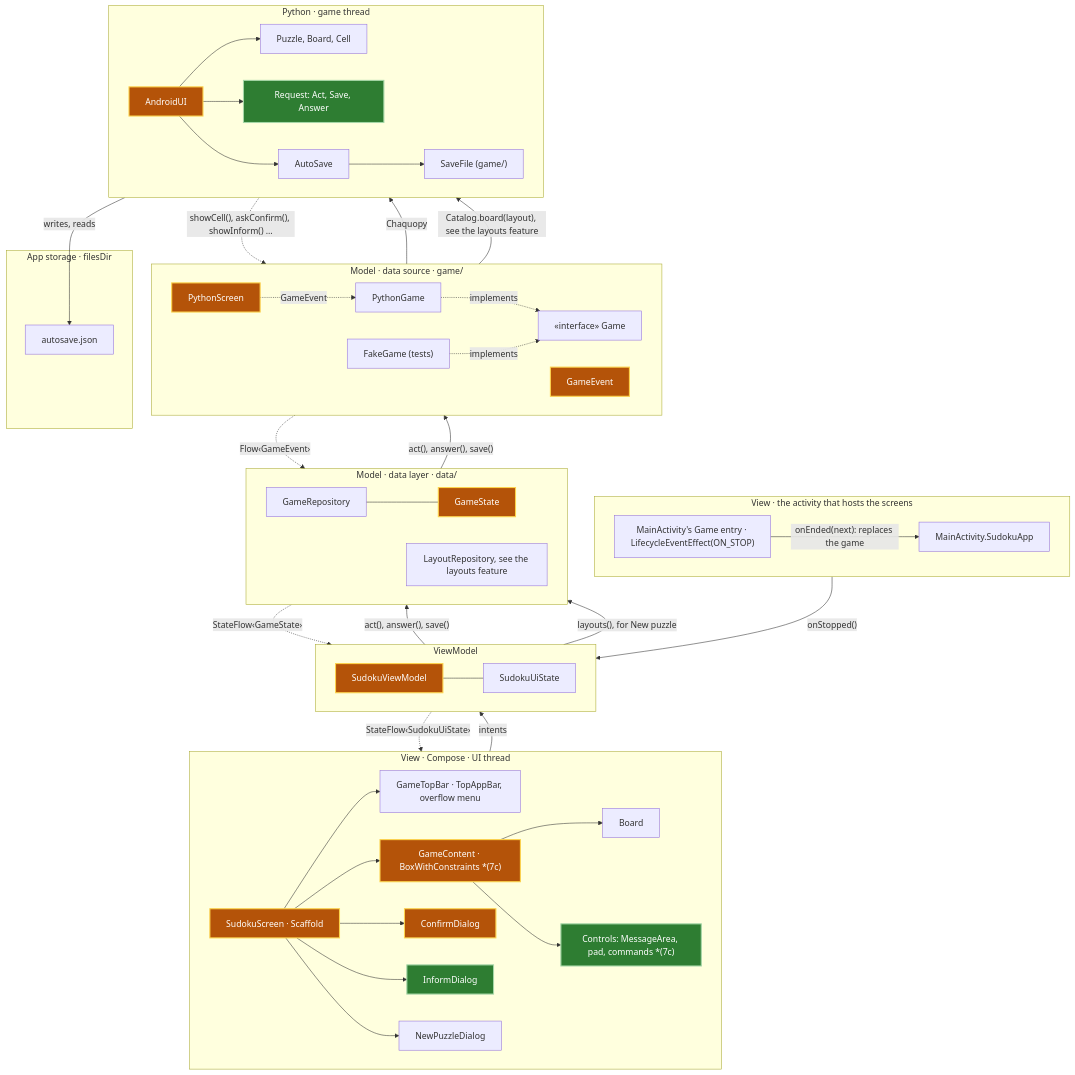
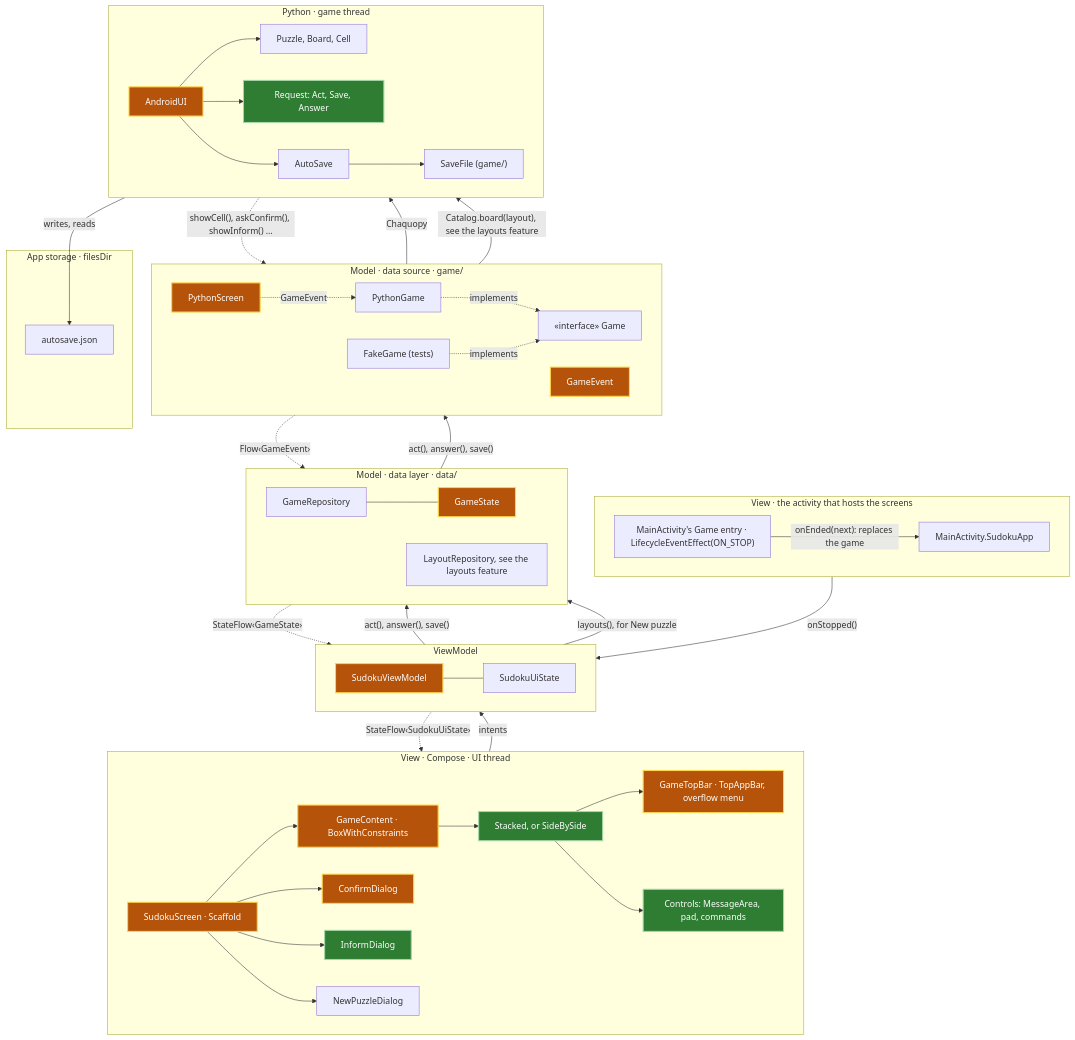
One commit to aivanov61/sudoku-solver changed the fifth of 11 diagrams in android/docs/architecture.md. Above: the diagram before and after it, drawn with Mermaid. The commit also changed other lines of this file and 3 other files, not shown here.

Commit message:
Give the game a message area of fixed height and fit the board to the space it is given, with the top app bar, the mode and the controls beside a full-height board when there is room for them, as step 7c of phase 7.

````diff
--- a/android/docs/architecture.md
+++ b/android/docs/architecture.md
@@ -254,70 +253,70 @@
 ```mermaid
 flowchart TB
     subgraph Host["View · the activity that hosts the screens"]
         direction LR
         SudokuApp["MainActivity.SudokuApp"]
         GameEntry["MainActivity's Game entry · LifecycleEventEffect(ON_STOP)"]
     end
 
     subgraph View["View · Compose · UI thread"]
         direction LR
-        SudokuScreen["SudokuScreen · Scaffold"] --> GameTopBar["GameTopBar · TopAppBar, overflow menu"]
-        SudokuScreen --> GameContent["GameContent · BoxWithConstraints *(7c)"]
-        GameContent --> Board
-        GameContent --> Controls["Controls: MessageArea, pad, commands *(7c)"]
+        SudokuScreen["SudokuScreen · Scaffold"] --> GameContent["GameContent · BoxWithConstraints"]
+        GameContent --> Board["Stacked, or SideBySide"]
+        Board --> GameTopBar["GameTopBar · TopAppBar, overflow menu"]
+        Board --> Controls["Controls: MessageArea, pad, commands"]
         SudokuScreen --> ConfirmDialog["ConfirmDialog"]
         SudokuScreen --> InformDialog["InformDialog"]
         SudokuScreen --> NewPuzzleDialog
     end
 
     subgraph VM["ViewModel"]
         direction LR
         SudokuViewModel --- SudokuUiState
     end
 
     subgraph DataLayer["Model · data layer · data/"]
         direction LR
         GameRepository["GameRepository"] --- GameState
         LayoutRepository["LayoutRepository, see the layouts feature"]
     end
 
     subgraph DataSource["Model · data source · game/"]
         direction LR
         PythonGame["PythonGame"] -. implements .-> Game["«interface» Game"]
         GameEvent
         FakeGame["FakeGame (tests)"] -. implements .-> Game
         PythonScreen
     end
 
     subgraph Python["Python · game thread"]
         direction LR
         AndroidUI["AndroidUI"] --> Puzzle["Puzzle, Board, Cell"]
         AndroidUI --> Requests["Request: Act, Save, Answer"]
         AndroidUI --> AutoSave["AutoSave"]
         AutoSave --> SaveFile["SaveFile (game/)"]
     end
 
     subgraph Storage["App storage · filesDir"]
         AutoSaveFile["autosave.json"]
     end
 
     GameEntry -- "onStopped()" --> SudokuViewModel
     GameEntry -- "onEnded(next): replaces the game" --> SudokuApp
     SudokuScreen -- "intents" --> SudokuViewModel
     SudokuViewModel -. "StateFlow‹SudokuUiState›" .-> SudokuScreen
     SudokuViewModel -- "act(), answer(), save()" --> GameRepository
     SudokuViewModel -- "layouts(), for New puzzle" --> LayoutRepository
     GameRepository -. "StateFlow‹GameState›" .-> SudokuViewModel
     GameRepository -- "act(), answer(), save()" --> Game
     Game -. "Flow‹GameEvent›" .-> GameRepository
     PythonGame -- "Chaquopy" --> AndroidUI
     AndroidUI -. "showCell(), askConfirm(), showInform() …" .-> PythonScreen
     PythonScreen -. "GameEvent" .-> PythonGame
     PythonGame -- "Catalog.board(layout), see the layouts feature" --> AndroidUI
     SaveFile -- "writes, reads" --> AutoSaveFile
 
     classDef new fill:#2e7d32,stroke:#a5d6a7,stroke-width:2px,color:#ffffff
     classDef changed fill:#b45309,stroke:#fcd34d,stroke-width:2px,color:#ffffff
-    class InformDialog,Controls,Requests new
-    class SudokuScreen,GameContent,ConfirmDialog,SudokuViewModel,GameState,GameEvent,PythonScreen,AndroidUI changed
+    class InformDialog,Board,Controls,Requests new
+    class SudokuScreen,GameContent,GameTopBar,ConfirmDialog,SudokuViewModel,GameState,GameEvent,PythonScreen,AndroidUI changed
 ```
````
